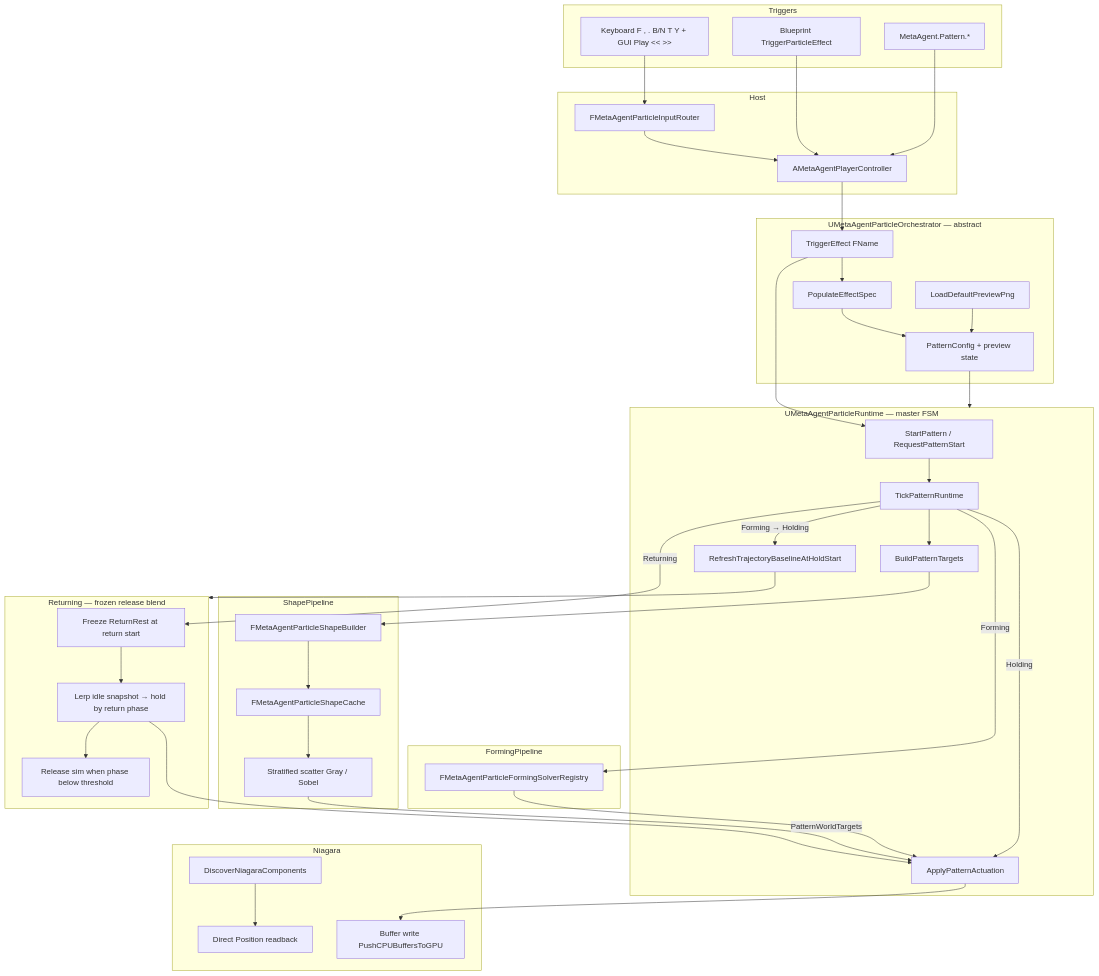
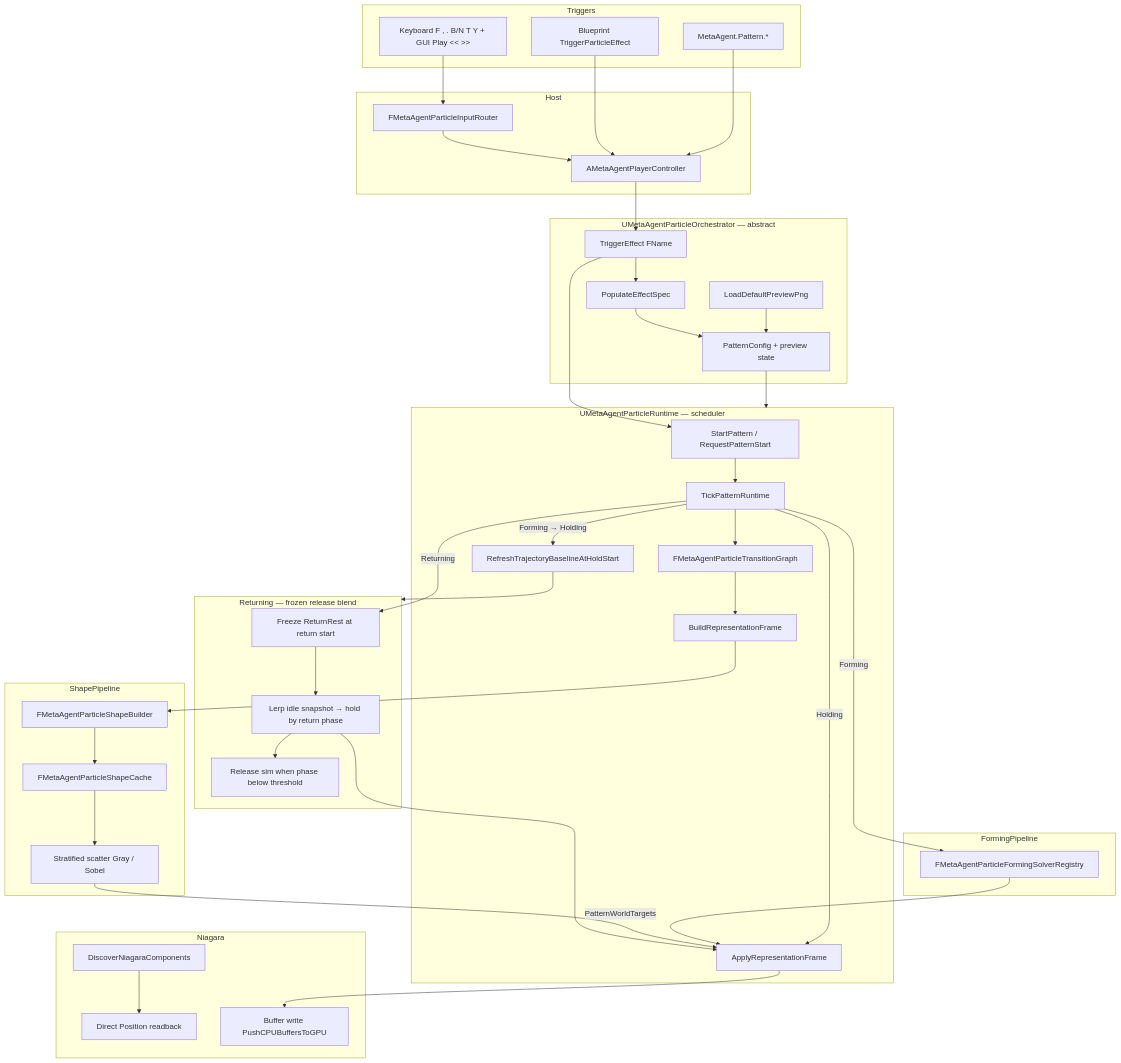
Diagram 11 of 14 in README.md (vecnode/metaagent-ue5-plugin), drawn with Mermaid before and after one commit. The commit also changed other lines of this file and 20 other files, not shown here.

````diff
--- a/README.md
+++ b/README.md
@@ -792,78 +812,80 @@
 ```mermaid
 flowchart TB
     subgraph Triggers
         Keys[Keyboard F , . B/N T Y + GUI Play << >>]
         BP[Blueprint TriggerParticleEffect]
         Console[MetaAgent.Pattern.*]
     end
 
     subgraph Host
         PC[AMetaAgentPlayerController]
         Router[FMetaAgentParticleInputRouter]
     end
 
     subgraph Orchestrator["UMetaAgentParticleOrchestrator — abstract"]
         TE[TriggerEffect FName]
         Spec[PopulateEffectSpec]
         Preview[LoadDefaultPreviewPng]
         Config[PatternConfig + preview state]
     end
 
-    subgraph ParticleFSM["UMetaAgentParticleRuntime — master FSM"]
+    subgraph ParticleFSM["UMetaAgentParticleRuntime — scheduler"]
         Start[StartPattern / RequestPatternStart]
         Tick[TickPatternRuntime]
-        Build[BuildPatternTargets]
+        Trans[FMetaAgentParticleTransitionGraph]
+        Build[BuildRepresentationFrame]
         Traj[RefreshTrajectoryBaselineAtHoldStart]
-        Act[ApplyPatternActuation]
+        Act[ApplyRepresentationFrame]
     end
 
     subgraph ReturnBlend["Returning — frozen release blend"]
         Freeze[Freeze ReturnRest at return start]
         Lerp["Lerp idle snapshot → hold by return phase"]
         Release[Release sim when phase below threshold]
         Freeze --> Lerp
         Lerp --> Act
         Lerp --> Release
     end
 
     subgraph ShapePipeline
         Builder[FMetaAgentParticleShapeBuilder]
         Cache[FMetaAgentParticleShapeCache]
         Mask[Stratified scatter Gray / Sobel]
     end
 
     subgraph FormingPipeline
         Solvers[FMetaAgentParticleFormingSolverRegistry]
     end
 
     subgraph Niagara
         Discover[DiscoverNiagaraComponents]
         Capture[Direct Position readback]
         Write[Buffer write PushCPUBuffersToGPU]
     end
 
     Keys --> Router
     Router --> PC
     BP --> PC
     Console --> PC
     PC --> TE
     TE --> Spec
     Spec --> Config
     TE --> Start
     Preview --> Config
     Config --> ParticleFSM
     Start --> Tick
-    Tick --> Build
+    Tick --> Trans
+    Trans --> Build
     Build --> Builder
     Builder --> Cache
     Cache --> Mask
     Mask -->|PatternWorldTargets| Act
     Tick -->|Forming → Holding| Traj
     Traj --> ReturnBlend
     Tick -->|Forming| Solvers
     Solvers --> Act
     Tick -->|Holding| Act
     Tick -->|Returning| Freeze
     Discover --> Capture
     Act --> Write
 ```
````
